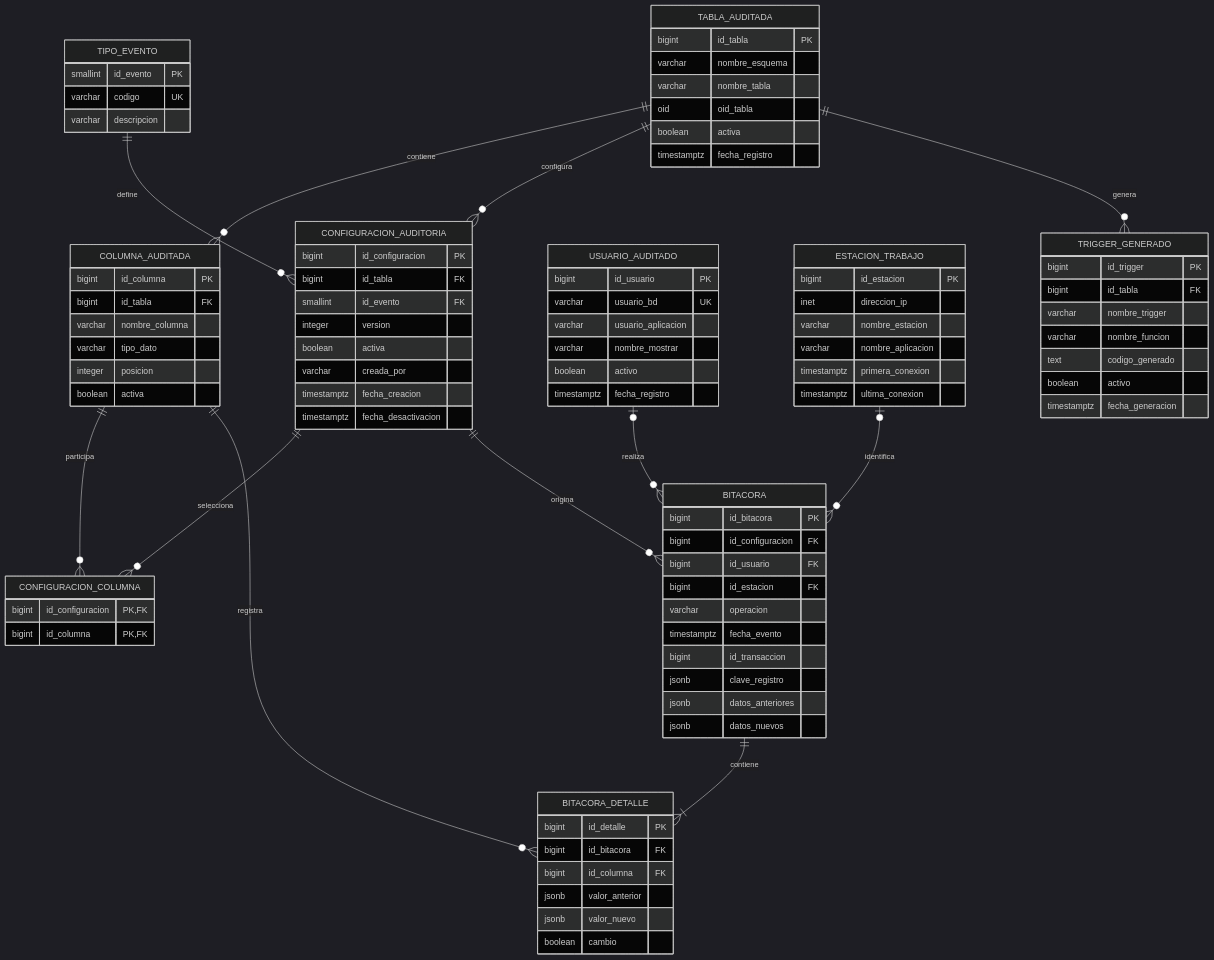
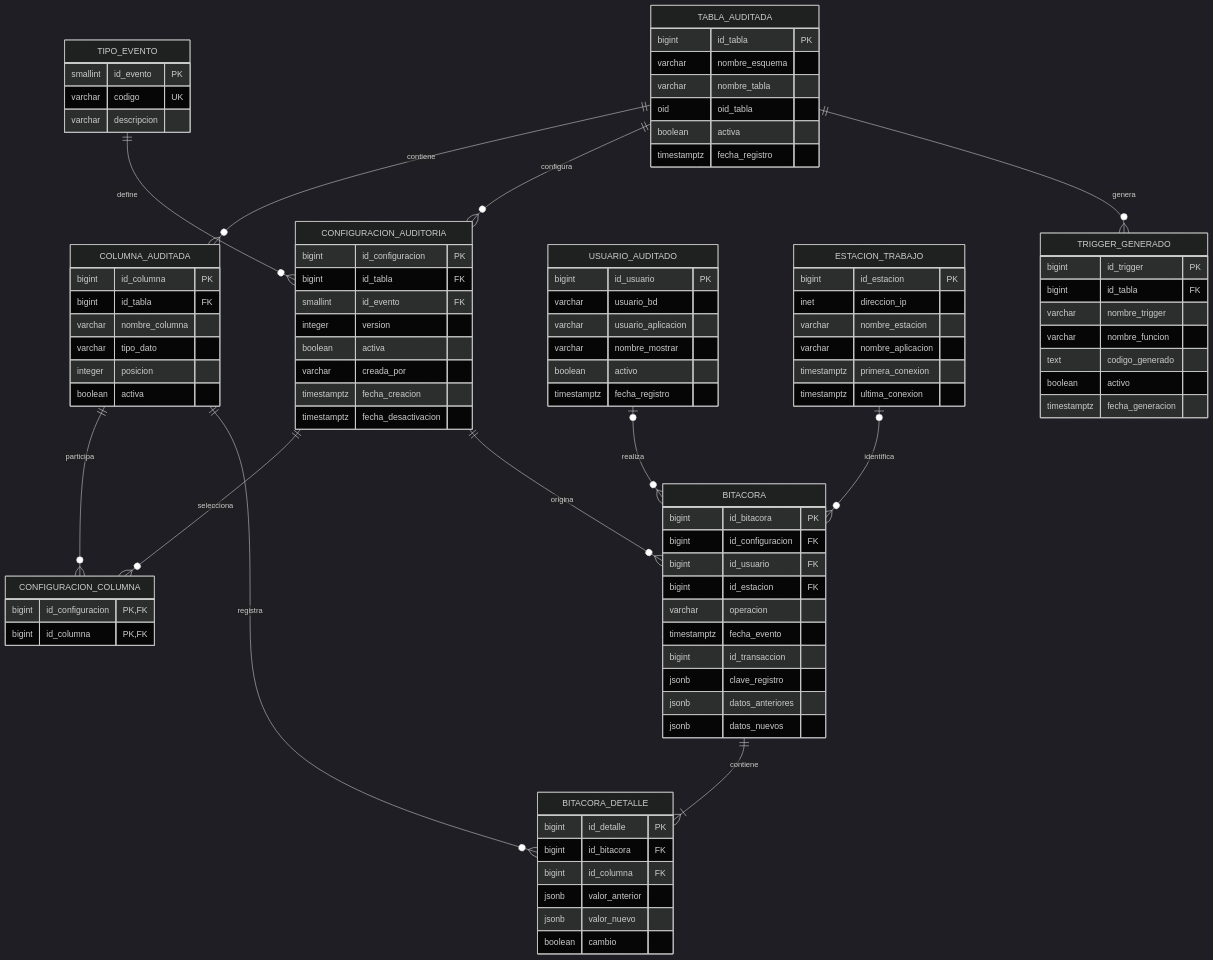
One commit to DanielM73/autoaudit changed the diagram in docs/diagramas/modelo-er.md. Above: the diagram before and after it, drawn with Mermaid (dark theme). The commit also changed 1 other file, not shown here.

Commit message:
Agregar diccionario de datos inicial

```diff
--- a/docs/diagramas/modelo-er.md
+++ b/docs/diagramas/modelo-er.md
@@ -46,7 +46,7 @@
 
     USUARIO_AUDITADO {
         bigint id_usuario PK
-        varchar usuario_bd UK
+        varchar usuario_bd
         varchar usuario_aplicacion
         varchar nombre_mostrar
         boolean activo
```
